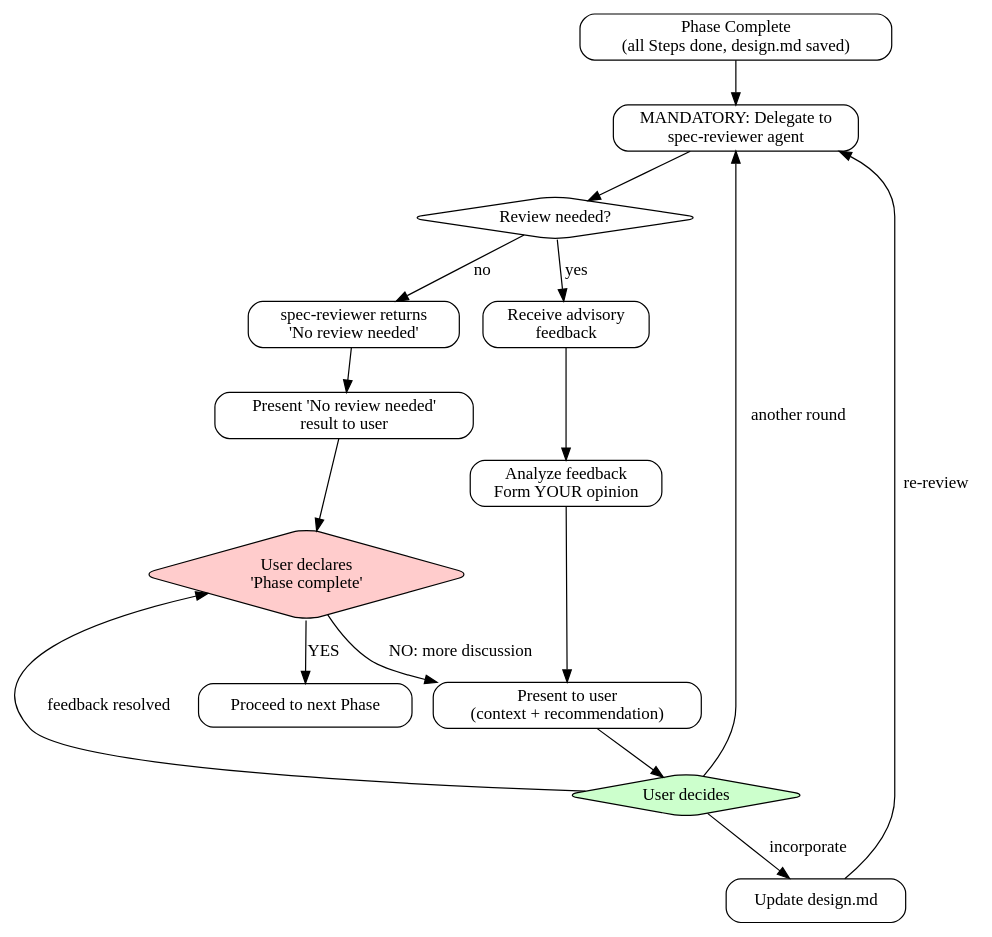
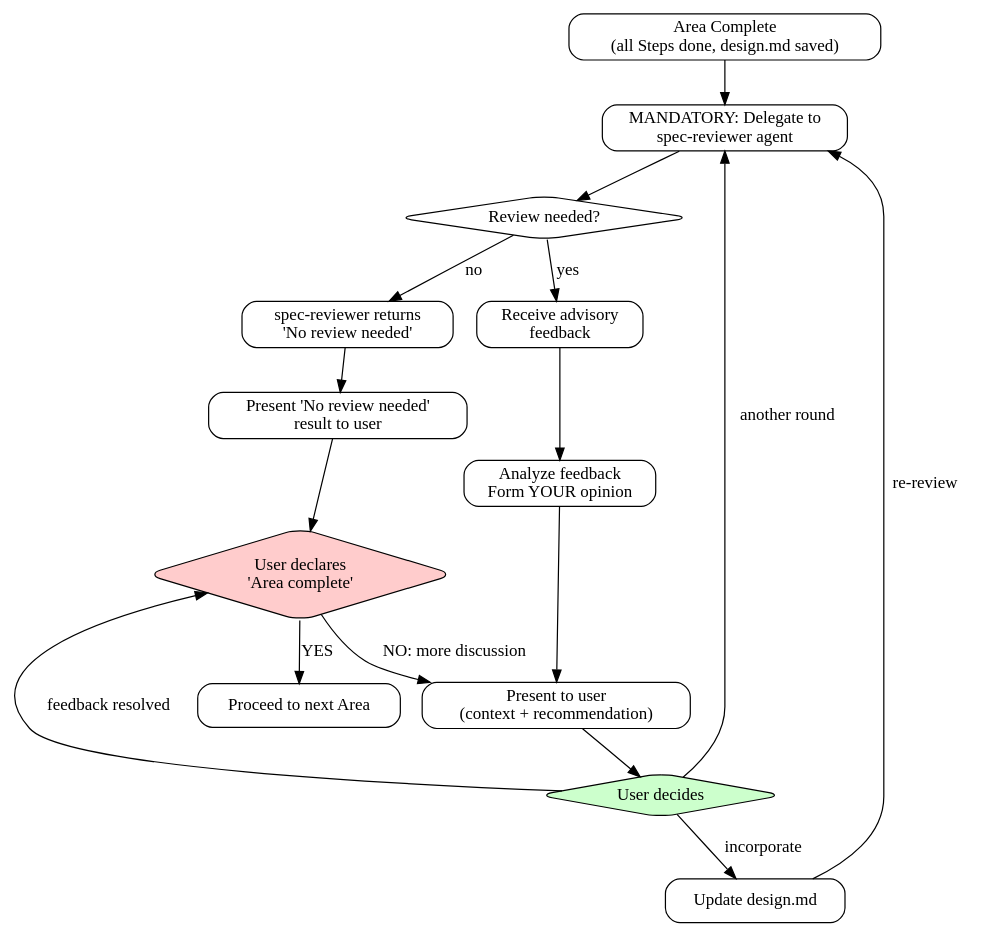
One commit to toongri/oh-my-toong-playground changed the second of 3 diagrams in skills/spec/SKILL.md. Above: the diagram before and after it, drawn with Graphviz. The commit also changed other lines of this file and 15 other files, not shown here.

````diff
--- a/skills/spec/SKILL.md
+++ b/skills/spec/SKILL.md
@@ -347,35 +347,35 @@
 ```dot
 digraph feedback_loop {
     rankdir=TB;
     node [shape=box, style=rounded];
 
-    complete_step [label="Phase Complete\n(all Steps done, design.md saved)"];
+    complete_step [label="Area Complete\n(all Steps done, design.md saved)"];
     delegate [label="MANDATORY: Delegate to\nspec-reviewer agent"];
     check_response [label="Review needed?", shape=diamond];
     no_review [label="spec-reviewer returns\n'No review needed'"];
     present_no_review [label="Present 'No review needed'\nresult to user"];
     receive_feedback [label="Receive advisory\nfeedback"];
     analyze [label="Analyze feedback\nForm YOUR opinion"];
     present [label="Present to user\n(context + recommendation)"];
     user_decides [label="User decides", shape=diamond, style="rounded,filled", fillcolor="#ccffcc"];
     incorporate [label="Update design.md"];
-    user_final [label="User declares\n'Phase complete'", shape=diamond, style="rounded,filled", fillcolor="#ffcccc"];
-    next_phase [label="Proceed to next Phase"];
+    user_final [label="User declares\n'Area complete'", shape=diamond, style="rounded,filled", fillcolor="#ffcccc"];
+    next_area [label="Proceed to next Area"];
 
     complete_step -> delegate;
     delegate -> check_response;
     check_response -> no_review [label="no"];
     check_response -> receive_feedback [label="yes"];
     no_review -> present_no_review;
     present_no_review -> user_final;
     receive_feedback -> analyze;
     analyze -> present;
     present -> user_decides;
     user_decides -> incorporate [label="incorporate"];
     user_decides -> delegate [label="another round"];
     user_decides -> user_final [label="feedback resolved"];
     incorporate -> delegate [label="re-review"];
-    user_final -> next_phase [label="YES"];
+    user_final -> next_area [label="YES"];
     user_final -> present [label="NO: more discussion"];
 }
 ```
````
